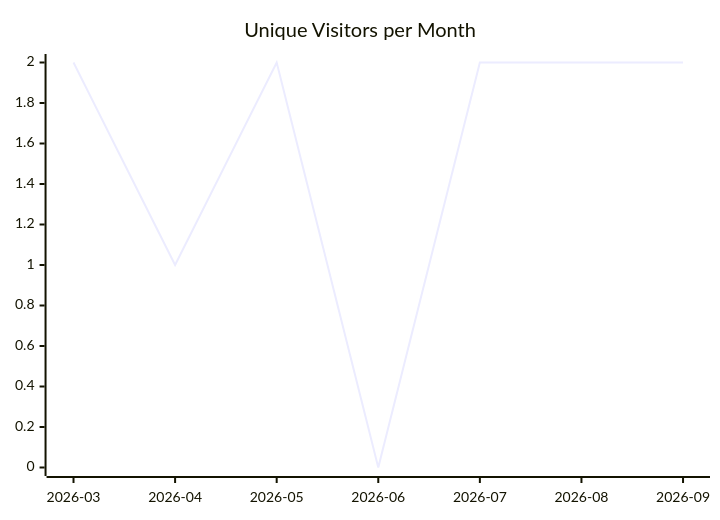
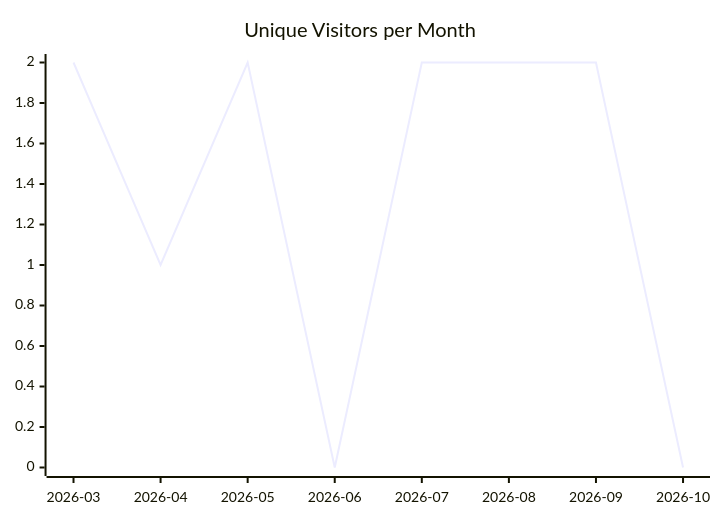
Before and after one commit to justdavis-family/github-analytics-data: the first of 3 diagrams in karlmdavis/kxml2/README.md, drawn with Mermaid. The commit also changed other lines of this file and 202 other files, not shown here.

````diff
--- a/karlmdavis/kxml2/README.md
+++ b/karlmdavis/kxml2/README.md
@@ -5,6 +5,6 @@
 ```mermaid
 xychart-beta
   title "Unique Visitors per Month"
-  x-axis ["2026-03", "2026-04", "2026-05", "2026-06", "2026-07", "2026-08", "2026-09"]
-  line [2, 1, 2, 0, 2, 2, 2]
+  x-axis ["2026-03", "2026-04", "2026-05", "2026-06", "2026-07", "2026-08", "2026-09", "2026-10"]
+  line [2, 1, 2, 0, 2, 2, 2, 0]
 ```
````
